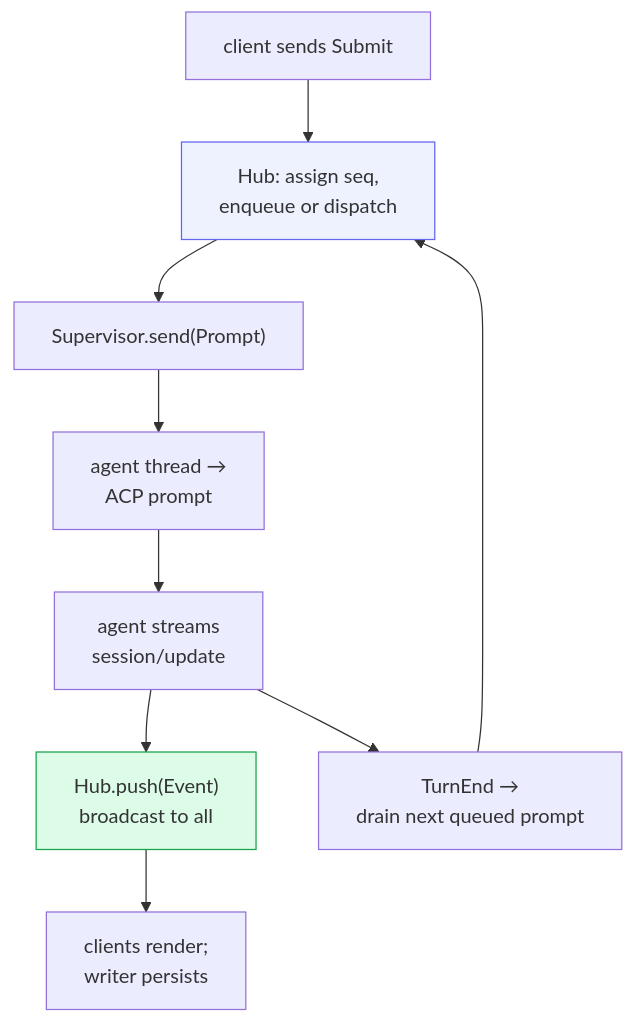
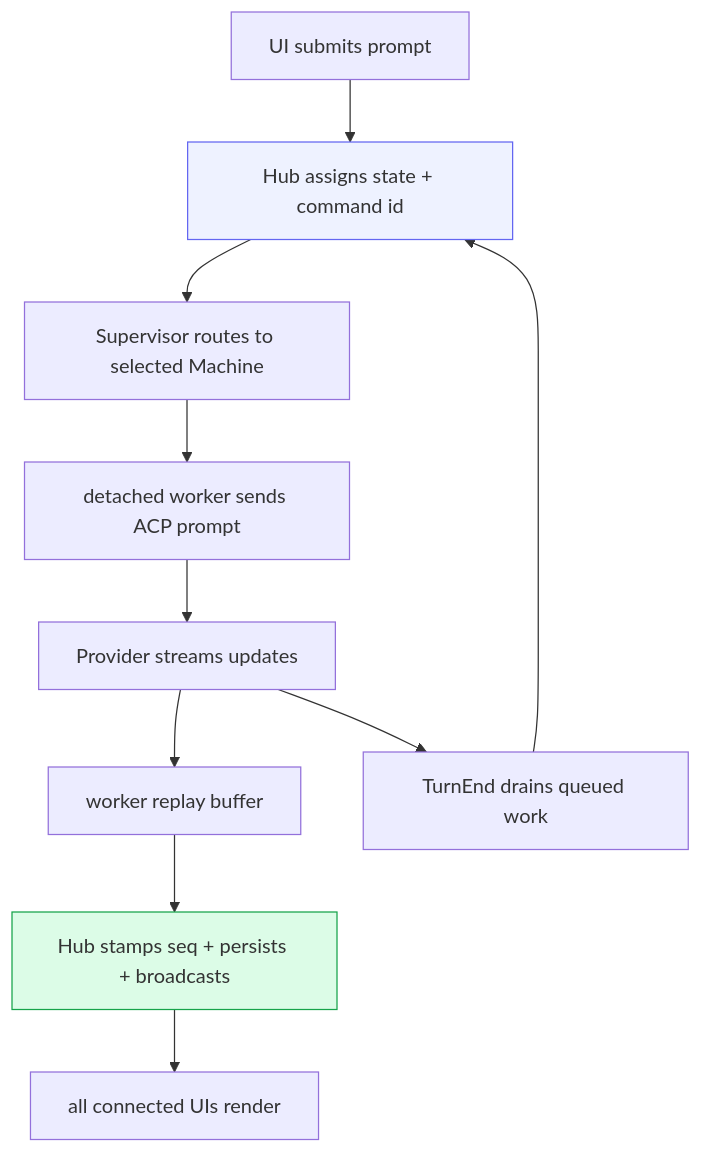
The second of 2 diagrams in docs/architecture/00-overview.md (dravengarden/cowboy), drawn with Mermaid before and after one commit. The commit also changed other lines of this file and 18 other files, not shown here.

Commit message:
docs: align architecture with the remote agent IDE

````diff
--- a/docs/architecture/00-overview.md
+++ b/docs/architecture/00-overview.md
@@ -82,14 +73,15 @@
 ```mermaid
 flowchart TB
-    A["client sends Submit"] --> B["Hub: assign seq,<br/>enqueue or dispatch"]
-    B --> C["Supervisor.send(Prompt)"]
-    C --> D["agent thread →<br/>ACP prompt"]
-    D --> E["agent streams<br/>session/update"]
-    E --> F["Hub.push(Event)<br/>broadcast to all"]
-    F --> G["clients render;<br/>writer persists"]
-    E --> H["TurnEnd →<br/>drain next queued prompt"]
-    H --> B
+    A["UI submits prompt"] --> B["Hub assigns state + command id"]
+    B --> C["Supervisor routes to selected Machine"]
+    C --> D["detached worker sends ACP prompt"]
+    D --> E["Provider streams updates"]
+    E --> F["worker replay buffer"]
+    F --> G["Hub stamps seq + persists + broadcasts"]
+    G --> H["all connected UIs render"]
+    E --> I["TurnEnd drains queued work"]
+    I --> B
 
     style B fill:#eef2ff,stroke:#6366f1
-    style F fill:#dcfce7,stroke:#16a34a
+    style G fill:#dcfce7,stroke:#16a34a
 ```
````
